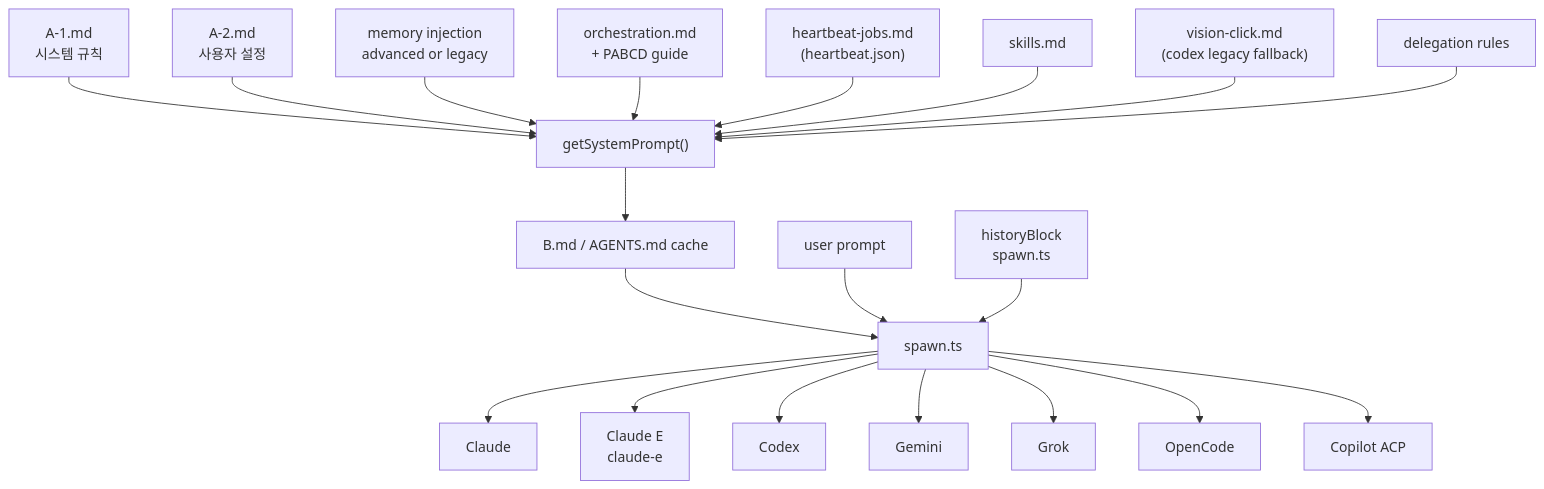
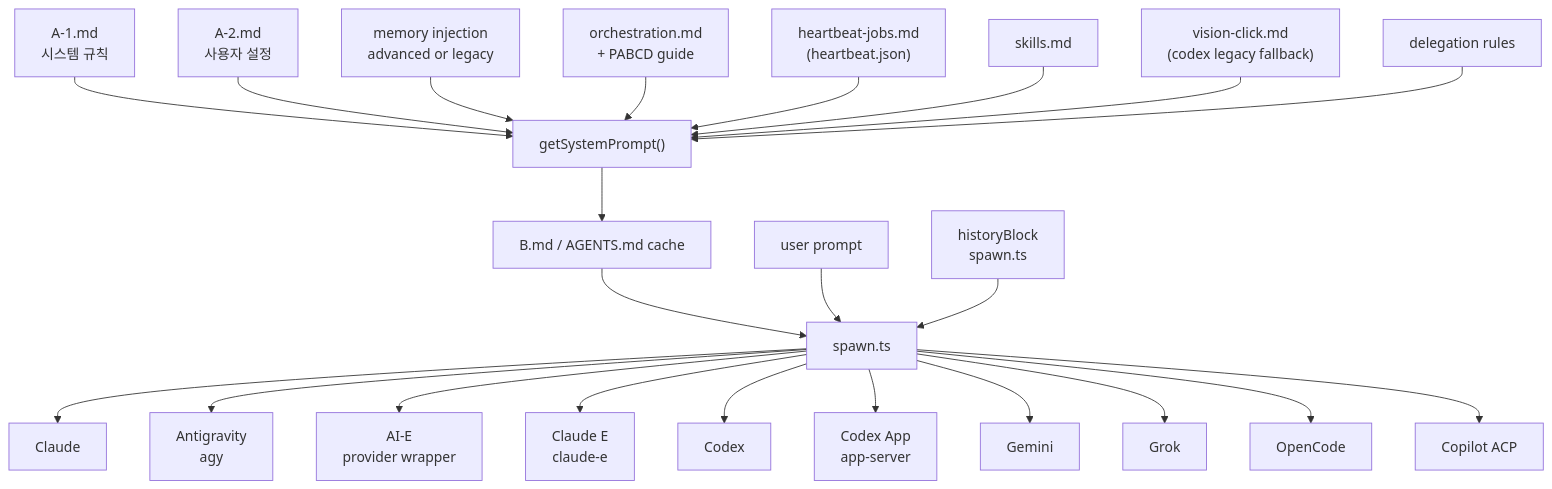
Before and after one commit to HSKIMRobert/cli-jaw: the diagram in structure/prompt_flow.md, drawn with Mermaid. The commit also changed other lines of this file and 51 other files, not shown here.

````diff
--- a/structure/prompt_flow.md
+++ b/structure/prompt_flow.md
@@ -17,22 +17,25 @@
 ```mermaid
 graph TD
     A1["A-1.md<br/>시스템 규칙"] --> SYS["getSystemPrompt()"]
     A2["A-2.md<br/>사용자 설정"] --> SYS
     MEM["memory injection<br/>advanced or legacy"] --> SYS
     ORC["orchestration.md<br/>+ PABCD guide"] --> SYS
     HB["heartbeat-jobs.md<br/>(heartbeat.json)"] --> SYS
     SK["skills.md"] --> SYS
     VC["vision-click.md<br/>(codex legacy fallback)"] --> SYS
     DEL["delegation rules"] --> SYS
     SYS --> B["B.md / AGENTS.md cache"]
     B --> SPAWN["spawn.ts"]
     USER["user prompt"] --> SPAWN
     HIST["historyBlock<br/>spawn.ts"] --> SPAWN
     SPAWN --> CLAUDE["Claude"]
+    SPAWN --> AGY["Antigravity<br/>agy"]
+    SPAWN --> AIE["AI-E<br/>provider wrapper"]
     SPAWN --> CLAUDEI["Claude E<br/>claude-e"]
     SPAWN --> CODEX["Codex"]
+    SPAWN --> CODEXAPP["Codex App<br/>app-server"]
     SPAWN --> GEMINI["Gemini"]
     SPAWN --> GROK["Grok"]
     SPAWN --> OPENCODE["OpenCode"]
     SPAWN --> COPILOT["Copilot ACP"]
 ```
````
